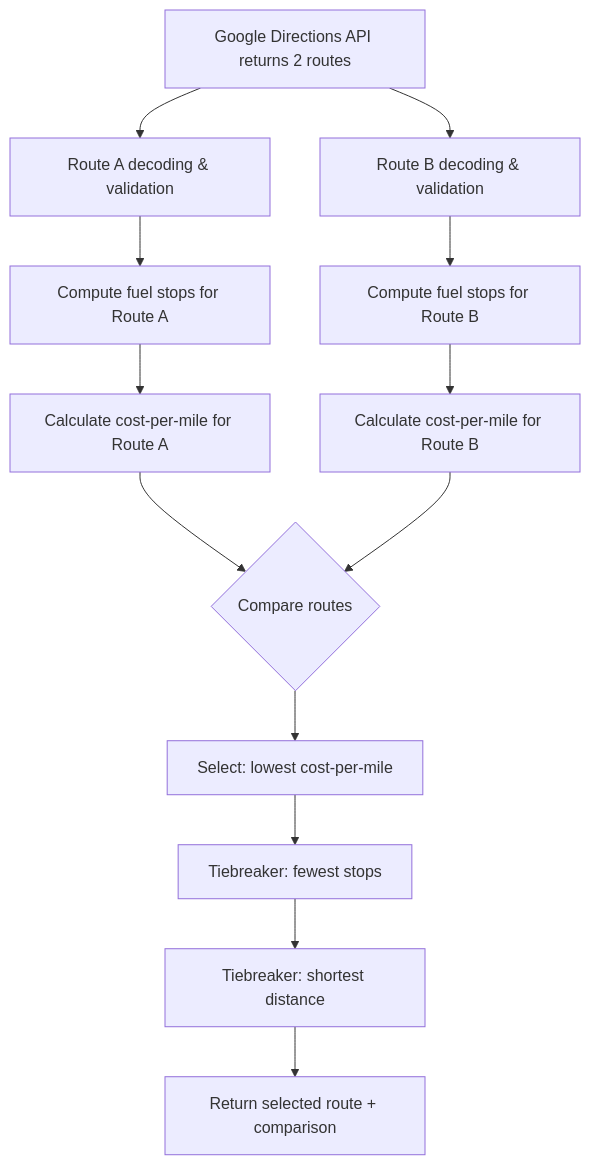
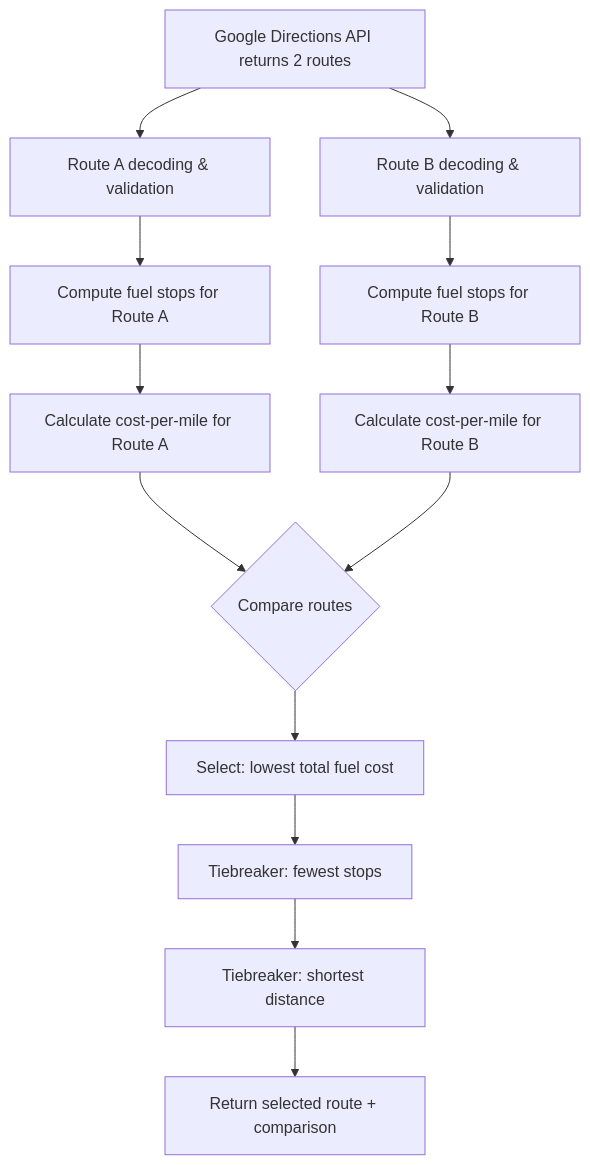
Before and after one commit to iamraghs/fuel-route-optimization-api: the seventh of 7 diagrams in README.md, drawn with Mermaid. The commit also changed other lines of this file and 1 other file, not shown here.

````diff
--- a/README.md
+++ b/README.md
@@ -357,15 +356,15 @@
 ```mermaid
 flowchart TD
     A[Google Directions API returns 2 routes] --> B[Route A decoding & validation]
     A --> C[Route B decoding & validation]
     B --> D[Compute fuel stops for Route A]
     C --> E[Compute fuel stops for Route B]
     D --> F[Calculate cost-per-mile for Route A]
     E --> G[Calculate cost-per-mile for Route B]
     F --> H{Compare routes}
     G --> H
-    H --> I[Select: lowest cost-per-mile]
+    H --> I[Select: lowest total fuel cost]
     I --> J[Tiebreaker: fewest stops]
     J --> K[Tiebreaker: shortest distance]
     K --> L[Return selected route + comparison]
 ```
````
